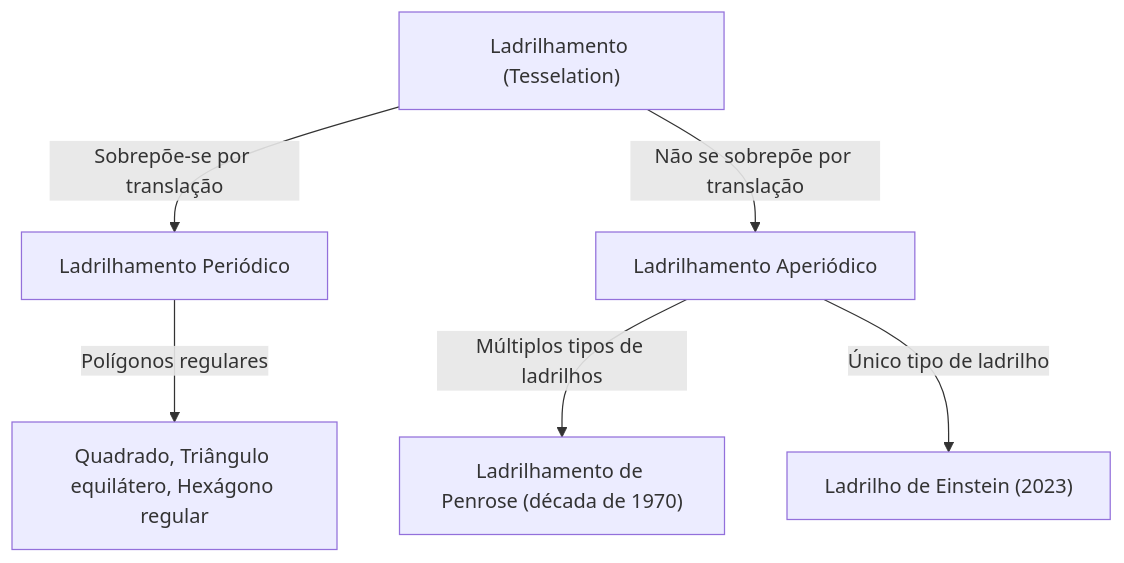
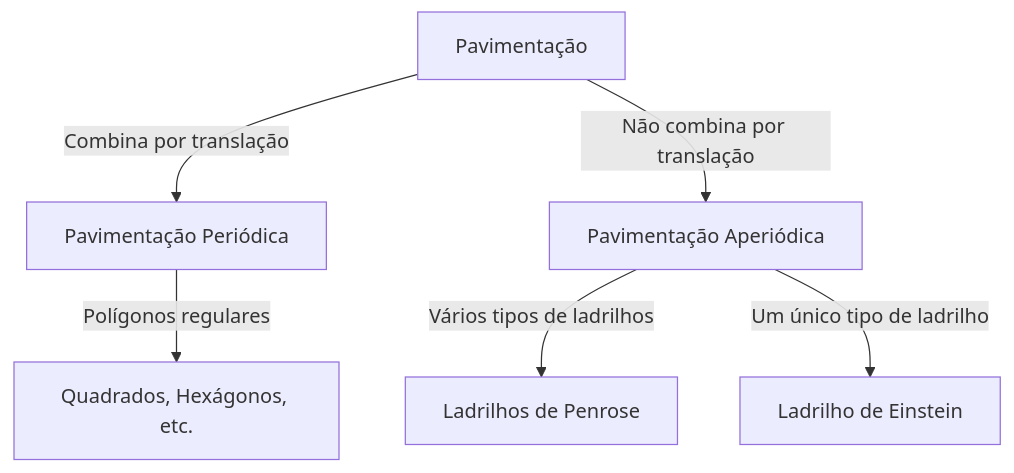
One commit to kenjinote/blog changed the diagram in content/post/aperiodic-tiling-problem/index.pt.md. Above: the diagram before and after it, drawn with Mermaid. The commit also changed other lines of this file and 129 other files, not shown here.

````diff
--- a/content/post/aperiodic-tiling-problem/index.pt.md
+++ b/content/post/aperiodic-tiling-problem/index.pt.md
@@ -23,9 +17,8 @@
 ```mermaid
 graph TD
-    A["Ladrilhamento (Tesselation)"]
-    A -- "Sobrepõe-se por translação" --> B["Ladrilhamento Periódico"]
-    A -- "Não se sobrepõe por translação" --> C["Ladrilhamento Aperiódico"]
-    B -- "Polígonos regulares" --> D["Quadrado, Triângulo equilátero, Hexágono regular"]
-    C -- "Múltiplos tipos de ladrilhos" --> E["Ladrilhamento de Penrose (década de 1970)"]
-    C -- "Único tipo de ladrilho" --> F["Ladrilho de Einstein (2023)"]
+    A["Pavimentação"] -- "Combina por translação" --> B["Pavimentação Periódica"]
+    A -- "Não combina por translação" --> C["Pavimentação Aperiódica"]
+    B -- "Polígonos regulares" --> D["Quadrados, Hexágonos, etc."]
+    C -- "Vários tipos de ladrilhos" --> E["Ladrilhos de Penrose"]
+    C -- "Um único tipo de ladrilho" --> F["Ladrilho de Einstein"]
 ```
````
